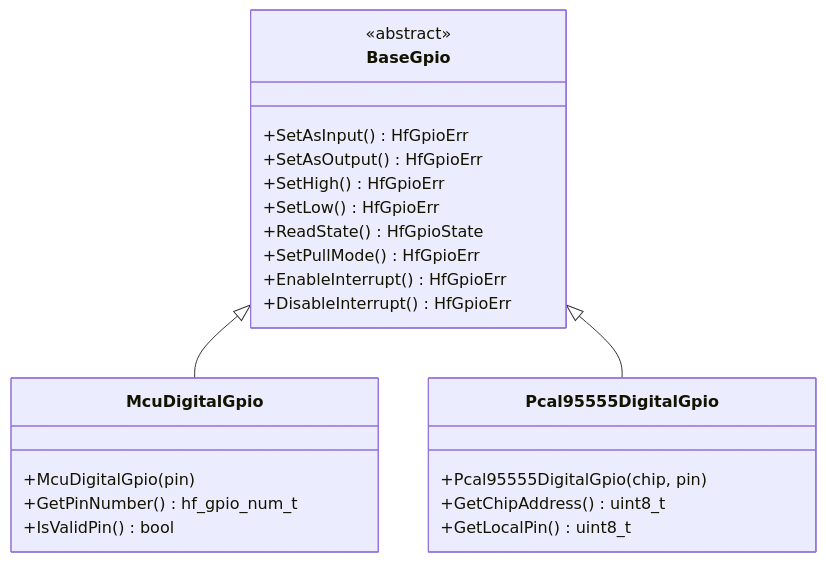
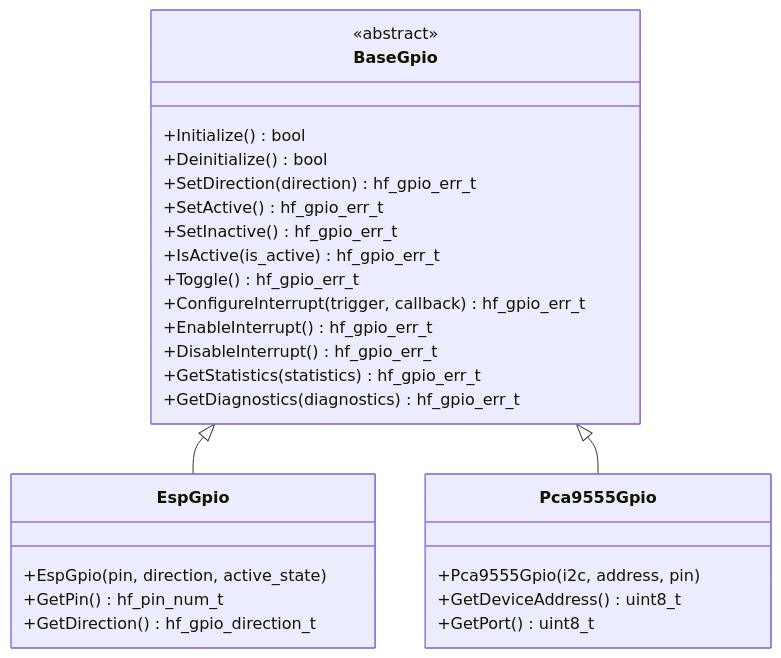
The diagram in docs/api/BaseGpio.md (N3b3x/hf-internal-interface-wrap), drawn with Mermaid before and after one commit. The commit also changed other lines of this file and 14 other files, not shown here.

````diff
--- a/docs/api/BaseGpio.md
+++ b/docs/api/BaseGpio.md
@@ -52,29 +53,33 @@
 ```mermaid
 classDiagram
     class BaseGpio {
         <<abstract>>
-        +SetAsInput() HfGpioErr
-        +SetAsOutput() HfGpioErr
-        +SetHigh() HfGpioErr
-        +SetLow() HfGpioErr
-        +ReadState() HfGpioState
-        +SetPullMode() HfGpioErr
-        +EnableInterrupt() HfGpioErr
-        +DisableInterrupt() HfGpioErr
+        +Initialize() bool
+        +Deinitialize() bool
+        +SetDirection(direction) hf_gpio_err_t
+        +SetActive() hf_gpio_err_t
+        +SetInactive() hf_gpio_err_t
+        +IsActive(is_active) hf_gpio_err_t
+        +Toggle() hf_gpio_err_t
+        +ConfigureInterrupt(trigger, callback) hf_gpio_err_t
+        +EnableInterrupt() hf_gpio_err_t
+        +DisableInterrupt() hf_gpio_err_t
+        +GetStatistics(statistics) hf_gpio_err_t
+        +GetDiagnostics(diagnostics) hf_gpio_err_t
     }
     
-    class McuDigitalGpio {
-        +McuDigitalGpio(pin)
-        +GetPinNumber() hf_gpio_num_t
-        +IsValidPin() bool
+    class EspGpio {
+        +EspGpio(pin, direction, active_state)
+        +GetPin() hf_pin_num_t
+        +GetDirection() hf_gpio_direction_t
     }
     
-    class Pcal95555DigitalGpio {
-        +Pcal95555DigitalGpio(chip, pin)
-        +GetChipAddress() uint8_t
-        +GetLocalPin() uint8_t
+    class Pca9555Gpio {
+        +Pca9555Gpio(i2c, address, pin)
+        +GetDeviceAddress() uint8_t
+        +GetPort() uint8_t
     }
     
-    BaseGpio <|-- McuDigitalGpio
-    BaseGpio <|-- Pcal95555DigitalGpio
+    BaseGpio <|-- EspGpio
+    BaseGpio <|-- Pca9555Gpio
 ```
````
